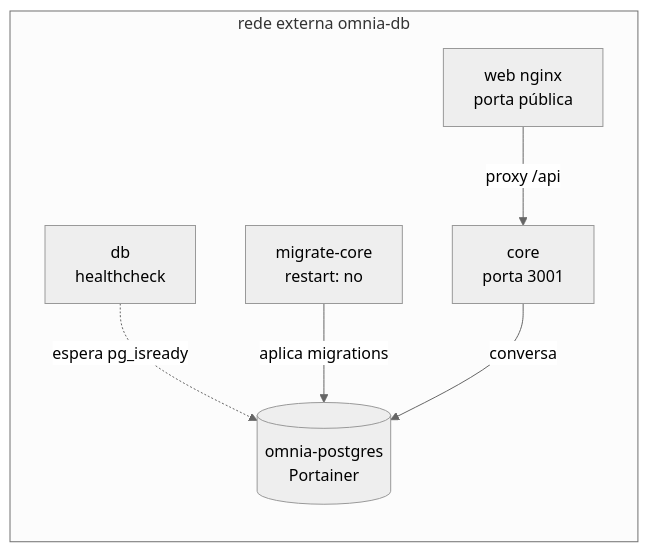
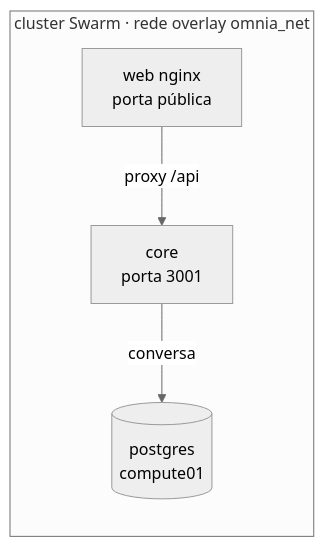
The second of 4 diagrams in docs/ci_cd/deploy.md (healthdevio/projeto-itia-dois), drawn with Mermaid (neutral theme) before and after one commit. The commit also changed other lines of this file and 10 other files, not shown here.

````diff
--- a/docs/ci_cd/deploy.md
+++ b/docs/ci_cd/deploy.md
@@ -64,16 +47,11 @@
 ```mermaid
 flowchart LR
-    subgraph REDE [rede externa omnia-db]
-        direction TB
-        DB[(omnia-postgres<br/>Portainer)]
-        D[db<br/>healthcheck]
-        M[migrate-core<br/>restart: no]
+    subgraph SWARM [cluster Swarm · rede overlay omnia_net]
+        DB[(postgres<br/>compute01)]
         C[core<br/>porta 3001]
         W[web nginx<br/>porta pública]
     end
 
-    D -.->|espera pg_isready| DB
-    M -->|aplica migrations| DB
     C -->|conversa| DB
     W -->|proxy /api| C
 ```
````
